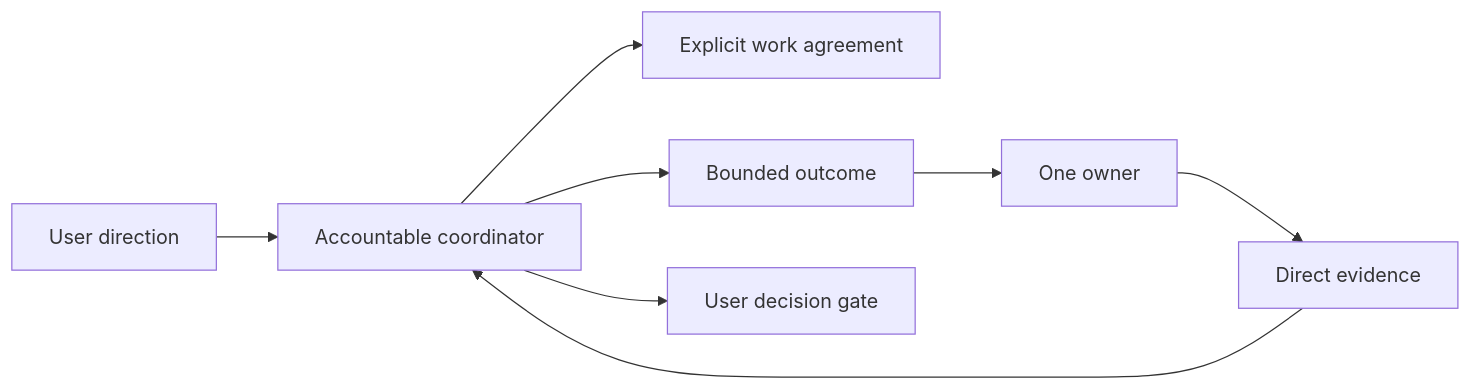
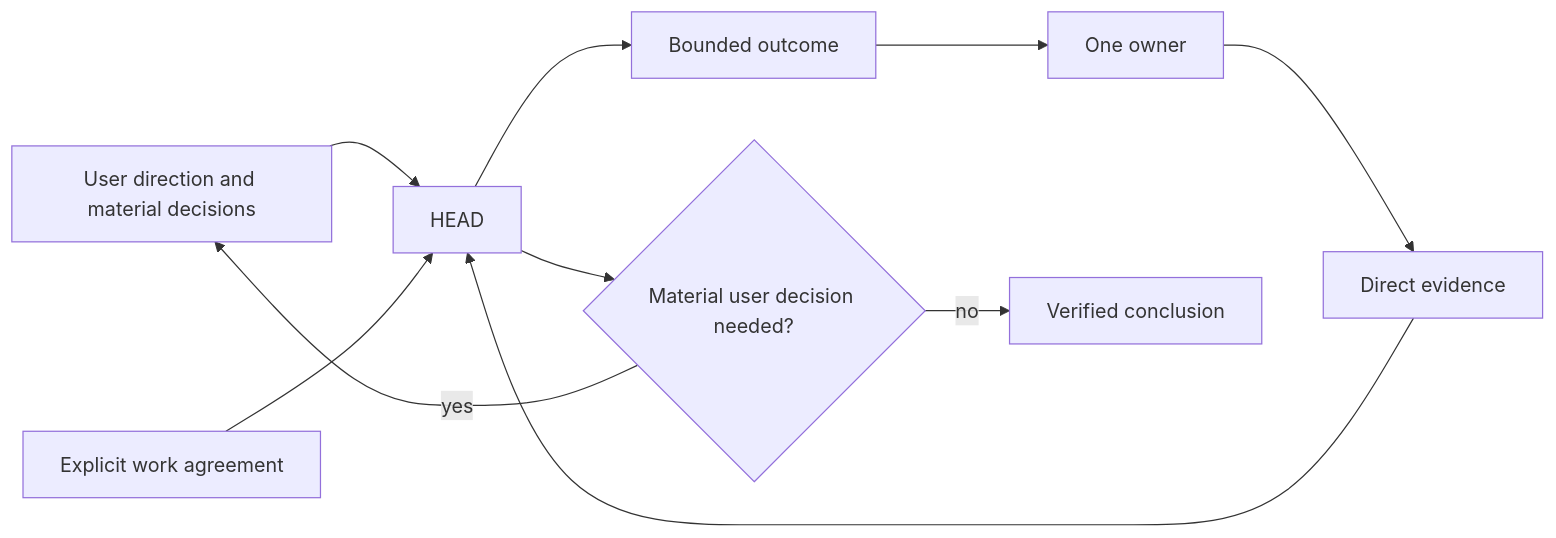
Before and after one commit to Won6314/head-agent-core: the diagram in learn/10-evolution/what-survived-testing.md, drawn with Mermaid. The commit also changed 10 other files, not shown here.

````diff
--- a/learn/10-evolution/what-survived-testing.md
+++ b/learn/10-evolution/what-survived-testing.md
@@ -9,10 +9,12 @@
 ```mermaid
 flowchart LR
-    U[User direction] --> H[Accountable coordinator]
-    H --> C[Explicit work agreement]
+    U[User direction and material decisions] --> H[HEAD]
+    C[Explicit work agreement] --> H
     H --> B[Bounded outcome]
     B --> W[One owner]
     W --> E[Direct evidence]
     E --> H
-    H --> D[User decision gate]
+    H --> D{Material user decision needed?}
+    D -->|yes| U
+    D -->|no| O[Verified conclusion]
 ```
````
